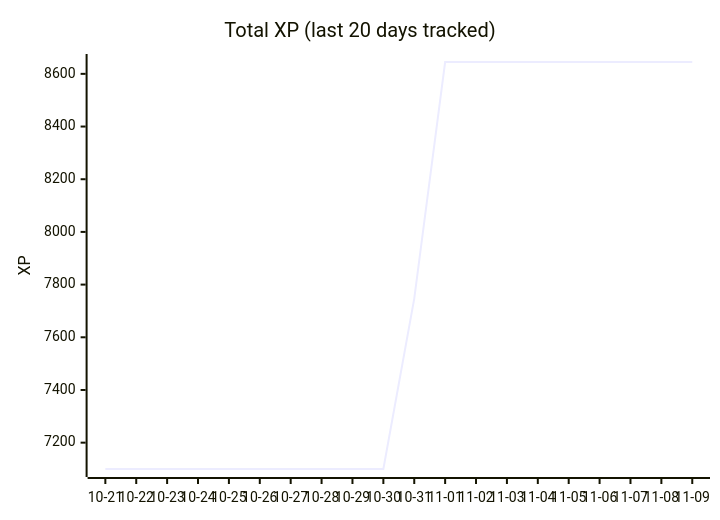
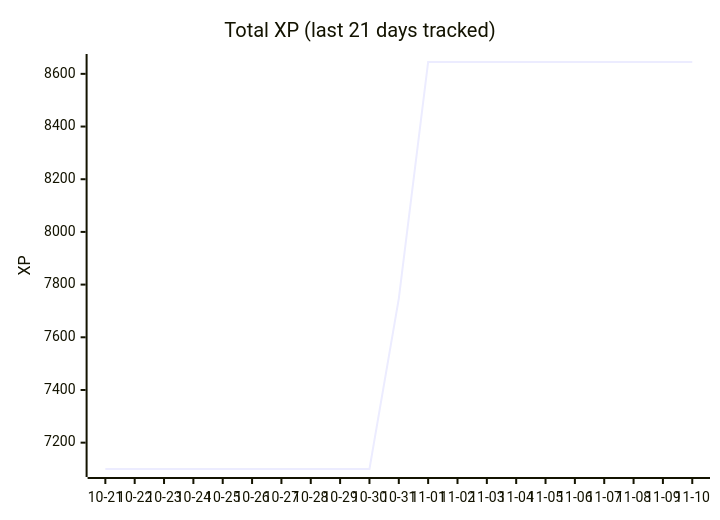
Before and after one commit to ASR222/bootdev-progress: the diagram in README.md, drawn with Mermaid. The commit also changed other lines of this file and 1 other file, not shown here.

Commit message:
Boot.dev progress: 2026-11-10

````diff
--- a/README.md
+++ b/README.md
@@ -14,7 +14,7 @@
 ```mermaid
 xychart-beta
-    title "Total XP (last 20 days tracked)"
-    x-axis ["10-21", "10-22", "10-23", "10-24", "10-25", "10-26", "10-27", "10-28", "10-29", "10-30", "10-31", "11-01", "11-02", "11-03", "11-04", "11-05", "11-06", "11-07", "11-08", "11-09"]
+    title "Total XP (last 21 days tracked)"
+    x-axis ["10-21", "10-22", "10-23", "10-24", "10-25", "10-26", "10-27", "10-28", "10-29", "10-30", "10-31", "11-01", "11-02", "11-03", "11-04", "11-05", "11-06", "11-07", "11-08", "11-09", "11-10"]
     y-axis "XP"
-    line [7100, 7100, 7100, 7100, 7100, 7100, 7100, 7100, 7100, 7100, 7747, 8645, 8645, 8645, 8645, 8645, 8645, 8645, 8645, 8645]
+    line [7100, 7100, 7100, 7100, 7100, 7100, 7100, 7100, 7100, 7100, 7747, 8645, 8645, 8645, 8645, 8645, 8645, 8645, 8645, 8645, 8645]
 ```
````
